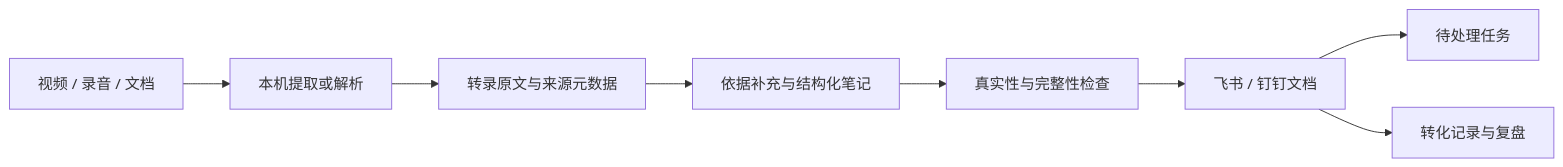
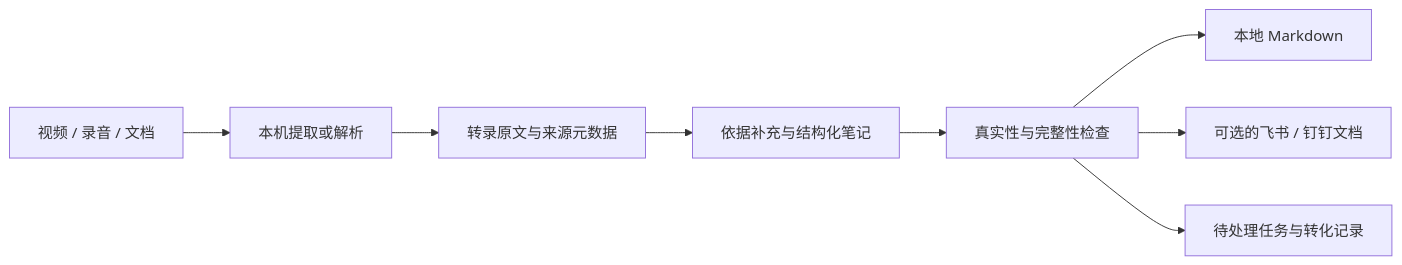
The diagram in README.md (guangquan123/media-notes-workbench), drawn with Mermaid before and after one commit. The commit also changed other lines of this file, not shown here.

````diff
--- a/README.md
+++ b/README.md
@@ -71,10 +108,10 @@
-~~~mermaid
+```mermaid
 flowchart LR
     A[视频 / 录音 / 文档] --> B[本机提取或解析]
     B --> C[转录原文与来源元数据]
     C --> D[依据补充与结构化笔记]
     D --> E[真实性与完整性检查]
-    E --> F[飞书 / 钉钉文档]
-    F --> G[待处理任务]
-    F --> H[转化记录与复盘]
-~~~
+    E --> F[本地 Markdown]
+    E --> G[可选的飞书 / 钉钉文档]
+    E --> H[待处理任务与转化记录]
+```
````
